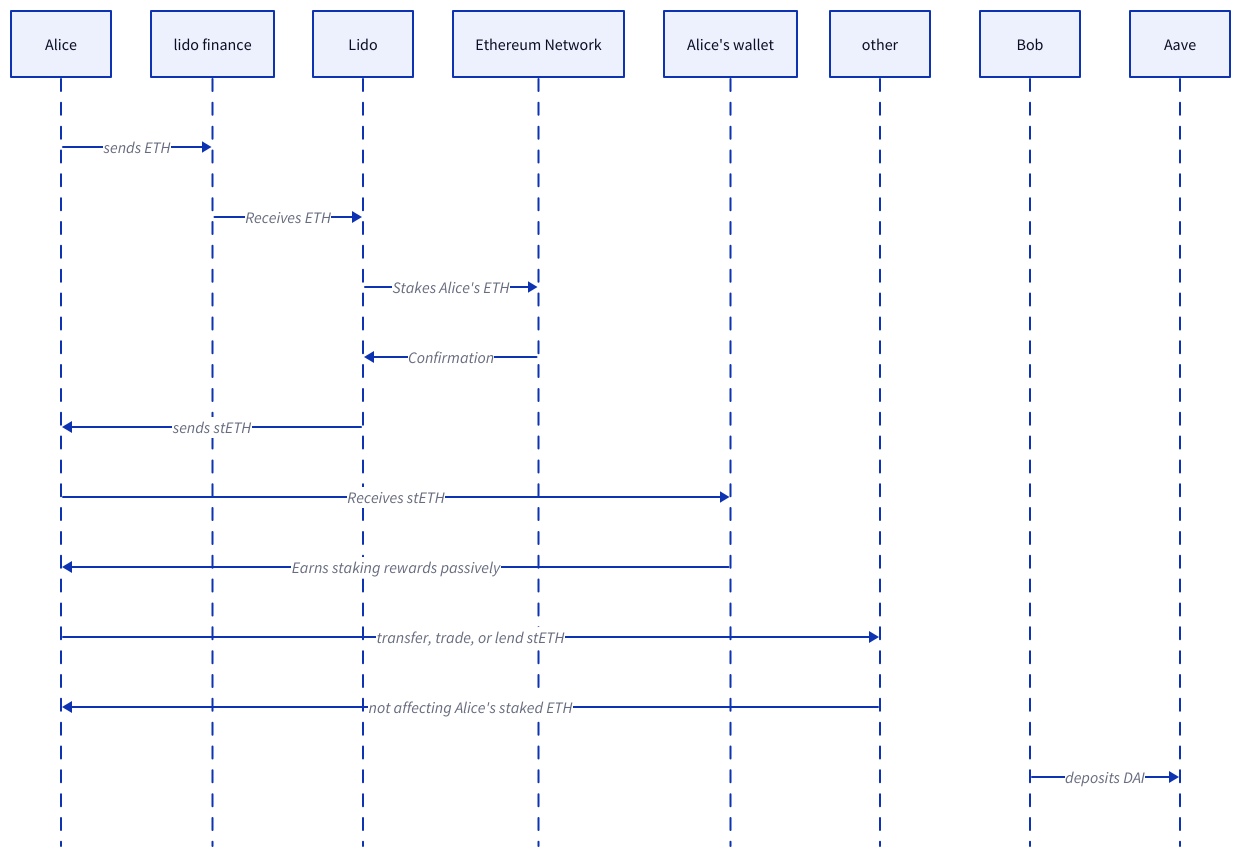
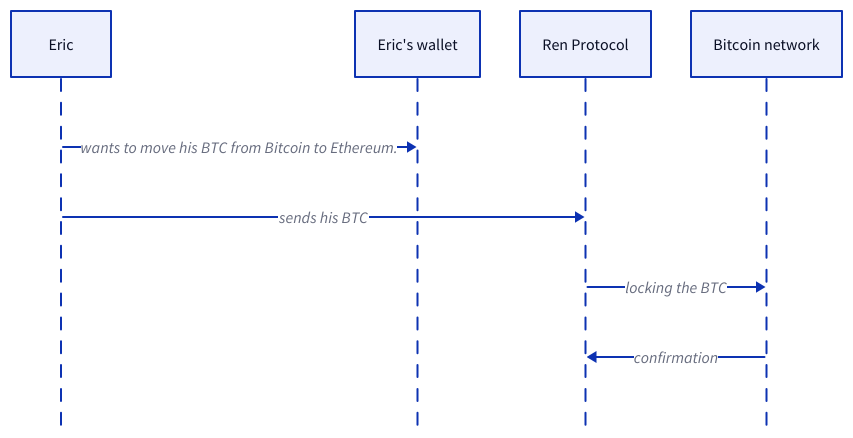
Before and after one commit to blockchain-audit/labs: the diagram in task/defi.d2, drawn with D2. The commit also changed other lines of this file and 3 other files, not shown here.

```diff
--- a/task/defi.d2
+++ b/task/defi.d2
@@ -1,14 +1,34 @@
 shape: sequence_diagram
-# Liquid Staking: Earn staking rewards without locking your tokens.
-Alice -> lido finance : sends ETH
-Lido Finance -> Lido: Receives ETH
-Lido -> Ethereum Network: Stakes Alice's ETH
-Ethereum Network -> Lido: Confirmation
-lido -> Alice : sends stETH
-Alice -> Alice's wallet : Receives stETH
-Alice's Wallet -> Alice: Earns staking rewards passively
-Alice -> other :  transfer, trade, or lend stETH
-other -> Alice : not affecting Alice's staked ETH
+#  # Liquid Staking: Earn staking rewards without locking your tokens.
+#  Alice -> lido finance : sends ETH
+#  Lido Finance -> Lido: Receives ETH
+#  Lido -> Ethereum Network: Stakes Alice's ETH
+#  Ethereum Network -> Lido: Confirmation
+#  Lido -> Alice : sends stETH
+#  Alice -> Alice's wallet : Receives stETH
+#  Alice's Wallet -> Alice: Earns staking rewards passively
+#  Alice -> other :  transfer, trade, or lend stETH
+#  other -> Alice : not affecting Alice's staked ETH
 
-#Lending/Borrowing: Put your crypto to work or access additional funds.
-Bob -> Aave : deposits DAI 
+# #Lending/Borrowing: Put your crypto to work or access additional funds.
+# Bob -> Aave : deposits DAI 
+# Charles -> Aave : borrows USDC offering DAI as collateral
+# Aave -> Charles : lends the USDC taking Charles's DAI as collateral 
+# Charles -> Aave : pays interest on his borrowed USDC
+# Aave -> Bob : interest on his deposited DAI 
+# Bob -> Bob's wallet : earns interest 
+
+# #Decentralized Exchanges (DEXs): Swap tokens directly, peer-to-peer.
+#  Diana -> Diana's wallet  : wants to exchange ETH for LINK 
+#  Diana -> Uniswap : sends ETH 
+#  Uniswap -> Liquidity pool : prividing ETH 
+#  Liquidity pool -> Uniswap : automatically exchanges Diana's ETH for LINK based on the current pool ratio.
+#  Uniswap -> Diana : sends LINK
+#  Diana -> Diana's wallet : receives LINK
+#  Liquidity pool -> Liquidity pool : the pool's composition adjusts slightly.
+
+#Cross-Chain Bridges: Bridge your tokens across different blockchain networks.
+Eric -> Eric's wallet : wants to move his BTC from Bitcoin to Ethereum.
+Eric -> Ren Protocol : sends his BTC
+Ren Protocol -> Bitcoin network : locking the BTC
+Bitcoin network -> Ren Protocol : confirmation 
```
